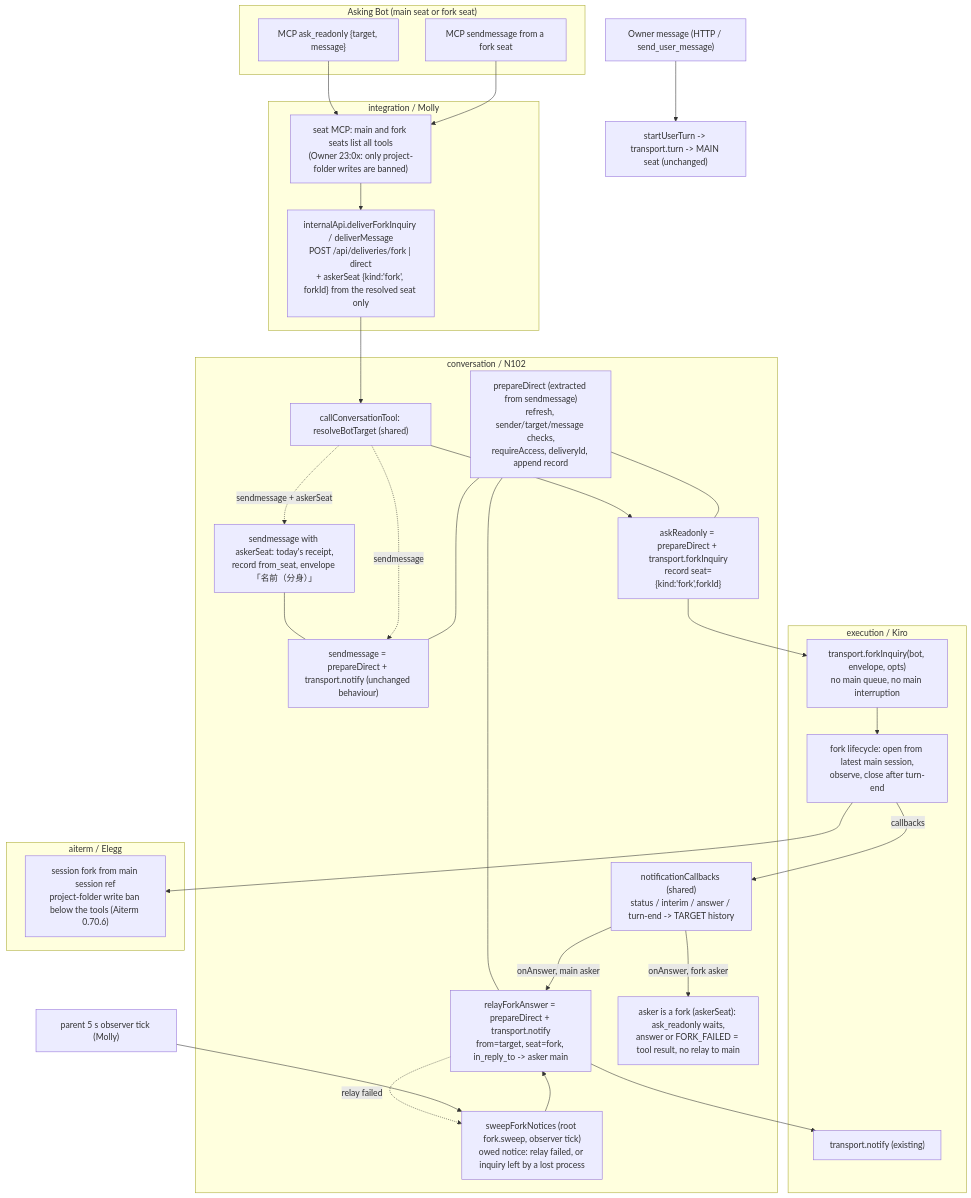
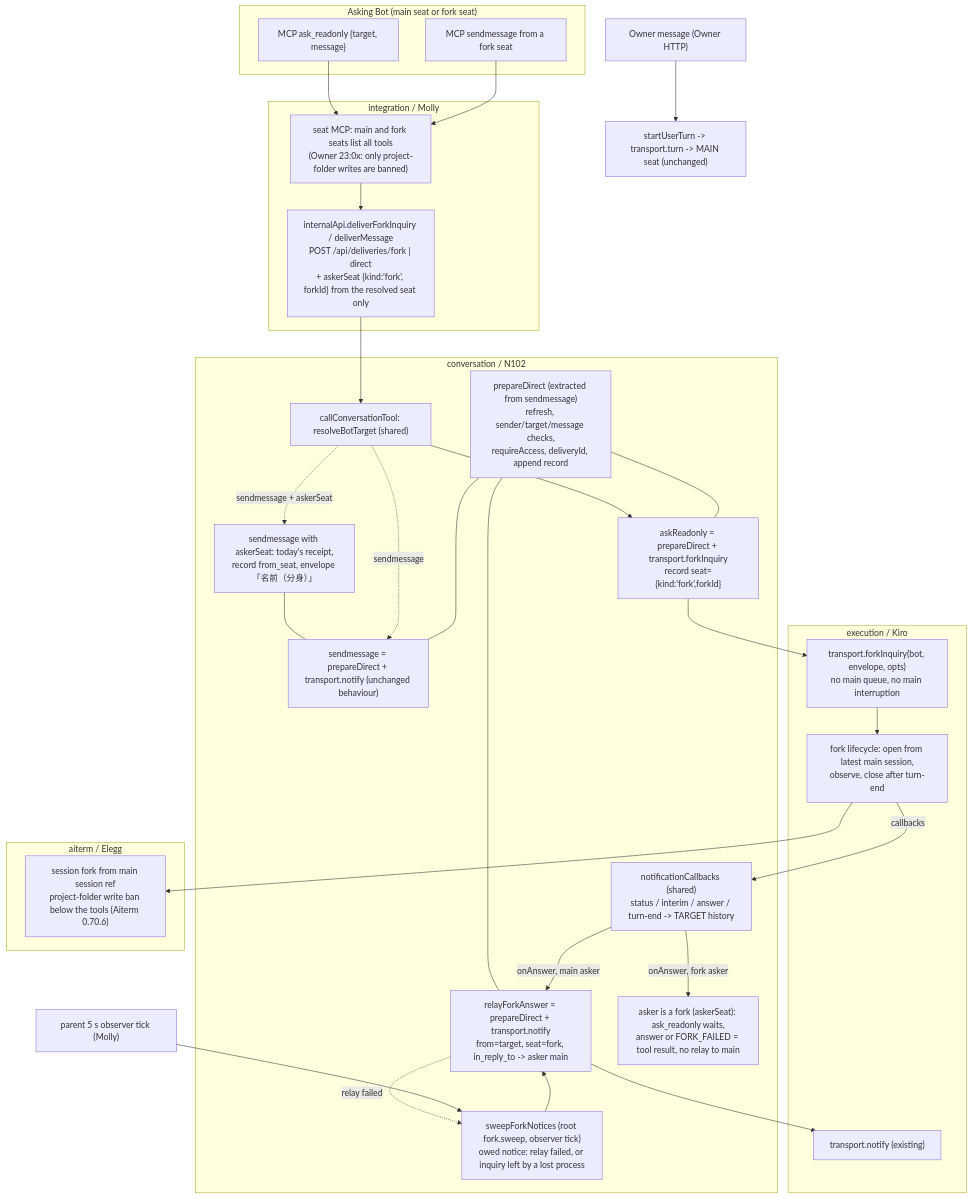
One commit to kitepon/BellTeam changed the first of 4 diagrams in docs/architecture/modules/conversation/fork-inquiry.md. Above: the diagram before and after it, drawn with Mermaid. The commit also changed other lines of this file and 20 other files, not shown here.

First line of the commit message:
Audit H2: a Bot cannot send as the Owner; deliveries are seat-only

````diff
--- a/docs/architecture/modules/conversation/fork-inquiry.md
+++ b/docs/architecture/modules/conversation/fork-inquiry.md
@@ -11,44 +11,44 @@
 ```mermaid
 flowchart TD
   subgraph Asker["Asking Bot (main seat or fork seat)"]
     A1["MCP ask_readonly {target, message}"]
     A2["MCP sendmessage from a fork seat"]
   end
   subgraph Integration["integration / Molly"]
     I1["seat MCP: main and fork seats list all tools<br/>(Owner 23:0x: only project-folder writes are banned)"]
     I2["internalApi.deliverForkInquiry / deliverMessage<br/>POST /api/deliveries/fork | direct<br/>+ askerSeat {kind:'fork', forkId} from the resolved seat only"]
   end
   subgraph Conversation["conversation / N102"]
     C0["callConversationTool: resolveBotTarget (shared)"]
     C1["prepareDirect (extracted from sendmessage)<br/>refresh, sender/target/message checks,<br/>requireAccess, deliveryId, append record"]
     C2["sendmessage = prepareDirect + transport.notify (unchanged behaviour)"]
     C3["askReadonly = prepareDirect + transport.forkInquiry<br/>record seat={kind:'fork',forkId}"]
     C4["notificationCallbacks (shared)<br/>status / interim / answer / turn-end -> TARGET history"]
     C5["relayForkAnswer = prepareDirect + transport.notify<br/>from=target, seat=fork, in_reply_to -> asker main"]
     C6["asker is a fork (askerSeat): ask_readonly waits,<br/>answer or FORK_FAILED = tool result, no relay to main"]
     C7["sendmessage with askerSeat: today's receipt,<br/>record from_seat, envelope 「名前（分身）」"]
     C8["sweepForkNotices (root fork.sweep, observer tick)<br/>owed notice: relay failed, or inquiry left by a lost process"]
   end
   subgraph Execution["execution / Kiro"]
     E1["transport.forkInquiry(bot, envelope, opts)<br/>no main queue, no main interruption"]
     E2["fork lifecycle: open from latest main session,<br/>observe, close after turn-end"]
     E3["transport.notify (existing)"]
   end
   subgraph Aiterm["aiterm / Elegg"]
     N1["session fork from main session ref<br/>project-folder write ban below the tools (Aiterm 0.70.6)"]
   end
-  Owner["Owner message (HTTP / send_user_message)"] --> Main["startUserTurn -> transport.turn -> MAIN seat (unchanged)"]
+  Owner["Owner message (Owner HTTP)"] --> Main["startUserTurn -> transport.turn -> MAIN seat (unchanged)"]
   A1 --> I1 --> I2 --> C0 --> C3
   A2 --> I1
   C0 -.->|sendmessage + askerSeat| C7 --- C2
   C0 -.->|sendmessage| C2
   C1 --- C2
   C1 --- C3
   C1 --- C5
   C3 --> E1 --> E2 --> N1
   E2 -->|callbacks| C4
   C4 -->|onAnswer, main asker| C5 --> E3
   C4 -->|onAnswer, fork asker| C6
   C5 -.->|relay failed| C8
   Tick["parent 5 s observer tick (Molly)"] --> C8 --> C5
 ```
````
